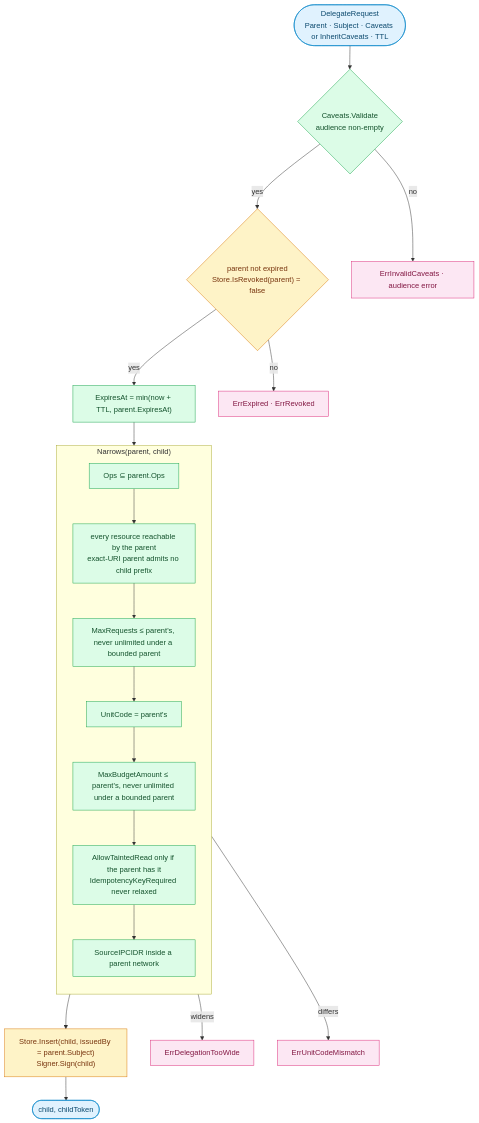
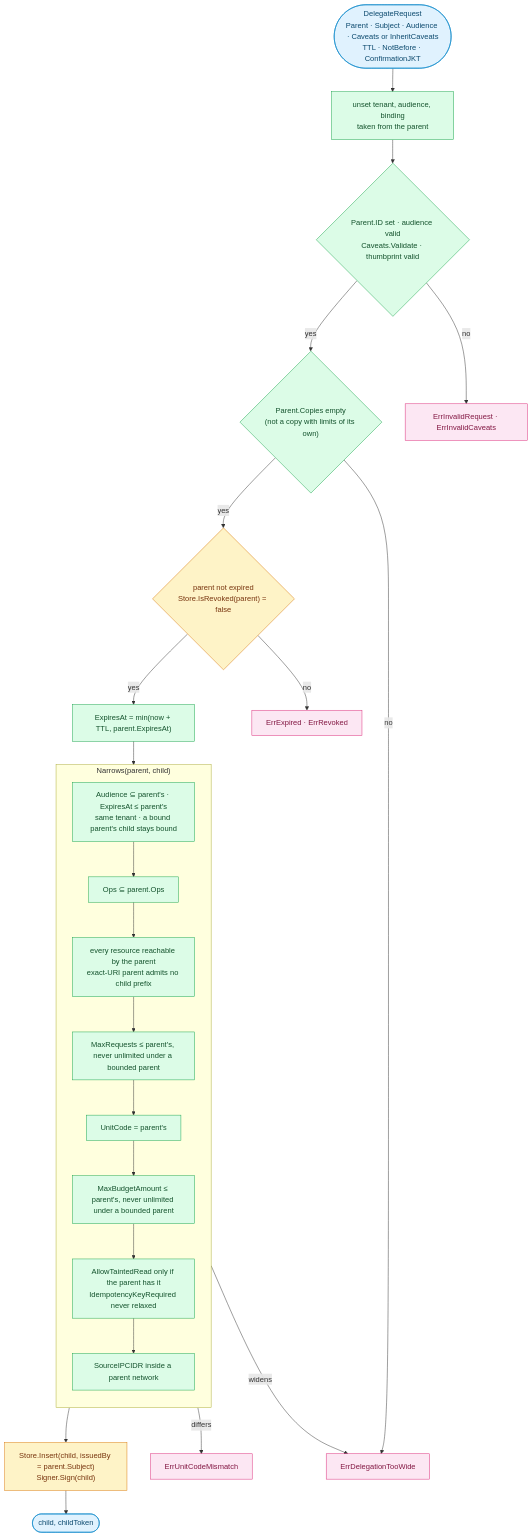
The sixth of 10 diagrams in capability/docs/diagrams.md (oleg-tkachuk/paladin), drawn with Mermaid before and after one commit. The commit also changed other lines of this file and 4 other files, not shown here.

Commit message:
docs(capability): bring the docs and diagrams in line with the code

````diff
--- a/capability/docs/diagrams.md
+++ b/capability/docs/diagrams.md
@@ -291,43 +313,47 @@
 ```mermaid
 flowchart TB
-    req(["DelegateRequest<br/>Parent · Subject · Caveats or InheritCaveats · TTL"])
-    valid{"Caveats.Validate<br/>audience non-empty"}
+    req(["DelegateRequest<br/>Parent · Subject · Audience · Caveats or InheritCaveats<br/>TTL · NotBefore · ConfirmationJKT"])
+    fill["unset tenant, audience, binding<br/>taken from the parent"]
+    valid{"Parent.ID set · audience valid<br/>Caveats.Validate · thumbprint valid"}
+    copyp{"Parent.Copies empty<br/>(not a copy with limits of its own)"}
     alive{"parent not expired<br/>Store.IsRevoked(parent) = false"}
     clamp["ExpiresAt = min(now + TTL, parent.ExpiresAt)"]
 
     subgraph nar ["Narrows(parent, child)"]
         direction TB
+        n0["Audience ⊆ parent's · ExpiresAt ≤ parent's<br/>same tenant · a bound parent's child stays bound"]
         n1["Ops ⊆ parent.Ops"]
         n2["every resource reachable by the parent<br/>exact-URI parent admits no child prefix"]
         n3["MaxRequests ≤ parent's, never unlimited under a bounded parent"]
         n4["UnitCode = parent's"]
         n5["MaxBudgetAmount ≤ parent's, never unlimited under a bounded parent"]
         n6["AllowTaintedRead only if the parent has it<br/>IdempotencyKeyRequired never relaxed"]
         n7["SourceIPCIDR inside a parent network"]
-        n1 --> n2 --> n3 --> n4 --> n5 --> n6 --> n7
+        n0 --> n1 --> n2 --> n3 --> n4 --> n5 --> n6 --> n7
     end
 
     persist["Store.Insert(child, issuedBy = parent.Subject)<br/>Signer.Sign(child)"]
     ok(["child, childToken"])
 
     wide["ErrDelegationTooWide"]
     unit["ErrUnitCodeMismatch"]
     dead["ErrExpired · ErrRevoked"]
-    inval["ErrInvalidCaveats · audience error"]
+    inval["ErrInvalidRequest · ErrInvalidCaveats"]
 
-    req --> valid -- yes --> alive -- yes --> clamp --> n1
+    req --> fill --> valid -- yes --> copyp -- yes --> alive -- yes --> clamp --> n0
     n7 --> persist --> ok
     valid -- no --> inval
     alive -- no --> dead
     n4 -- differs --> unit
     nar -- widens --> wide
+    copyp -- no --> wide
 
     classDef client fill:#E0F2FE,stroke:#0284C7,color:#0C4A6E
     classDef role fill:#DCFCE7,stroke:#16A34A,color:#14532D
     classDef store fill:#FEF3C7,stroke:#D97706,color:#78350F
     classDef external fill:#FCE7F3,stroke:#DB2777,color:#831843
     class req,ok client
-    class valid,clamp,n1,n2,n3,n4,n5,n6,n7 role
+    class fill,valid,copyp,clamp,n0,n1,n2,n3,n4,n5,n6,n7 role
     class alive,persist store
     class wide,unit,dead,inval external
 ```
````
